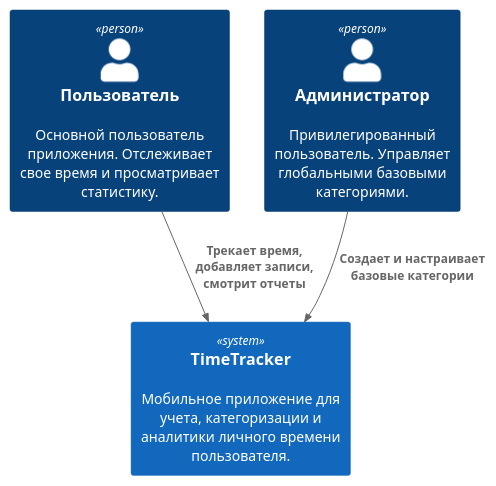
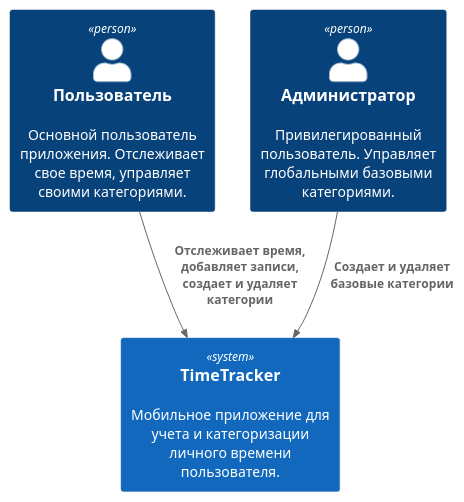
The diagram in docs/L1.puml (da-fuu/IU7_7sem_Web), drawn with PlantUML before and after one commit. The commit also changed 16 other files, not shown here.

```diff
--- a/docs/L1.puml
+++ b/docs/L1.puml
@@ -1,12 +1,12 @@
 @startuml
 !include <c4/C4_Context.puml>
 
-Person(user, "Пользователь", "Основной пользователь приложения. Отслеживает свое время и просматривает статистику.")
+Person(user, "Пользователь", "Основной пользователь приложения. Отслеживает свое время, управляет своими категориями.")
 Person(admin, "Администратор", "Привилегированный пользователь. Управляет глобальными базовыми категориями.")
 
-System(time_tracker, "TimeTracker", "Мобильное приложение для учета, категоризации и аналитики личного времени пользователя.")
+System(time_tracker, "TimeTracker", "Мобильное приложение для учета и категоризации личного времени пользователя.")
 
-Rel(user, time_tracker, "Трекает время, добавляет записи, смотрит отчеты")
-Rel(admin, time_tracker, "Создает и настраивает базовые категории")
+Rel(user, time_tracker, "Отслеживает время, добавляет записи, создает и удаляет категории")
+Rel(admin, time_tracker, "Создает и удаляет базовые категории")
 
 @enduml
```
